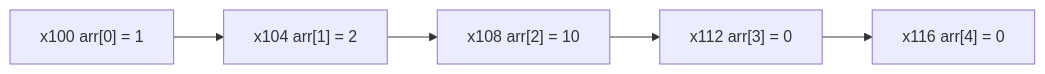
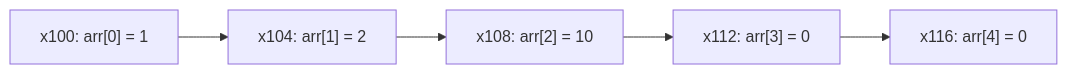
One commit to xmlbuilder/JavaTutorial changed the diagram in 04.중급-2/03-ArrayList_필요성.md. Above: the diagram before and after it, drawn with Mermaid.

````diff
--- a/04.중급-2/03-ArrayList_필요성.md
+++ b/04.중급-2/03-ArrayList_필요성.md
@@ -33,8 +33,8 @@
 ```mermaid
 graph LR
-    A["x100 arr[0] = 1"] --> B["x104 arr[1] = 2"]
-    B --> C["x108 arr[2] = 10"]
-    C --> D["x112 arr[3] = 0"]
-    D --> E["x116 arr[4] = 0"]
+    A["x100: arr[0] = 1"] --> B["x104: arr[1] = 2"]
+    B --> C["x108: arr[2] = 10"]
+    C --> D["x112: arr[3] = 0"]
+    D --> E["x116: arr[4] = 0"]
 
 ```
````
